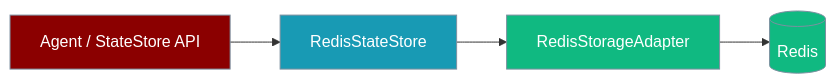
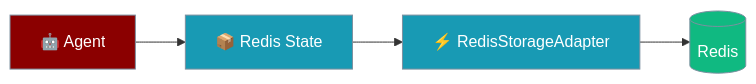
One commit to MervinPraison/PraisonAIDocs changed the first of 2 diagrams in docs/features/persistence-redis.mdx. Above: the diagram before and after it, drawn with Mermaid. The commit also changed other lines of this file and 4 other files, not shown here.

````diff
--- a/docs/features/persistence-redis.mdx
+++ b/docs/features/persistence-redis.mdx
@@ -77,14 +22,14 @@
 ```mermaid
 graph LR
-    A[Agent / StateStore API] --> B[RedisStateStore]
-    B --> C[RedisStorageAdapter]
-    C --> D[(Redis)]
+    Agent[🤖 Agent] --> Store[📦 Redis State]
+    Store --> Adapter[⚡ RedisStorageAdapter]
+    Adapter --> Redis[(Redis)]
 
     classDef agent fill:#8B0000,stroke:#7C90A0,color:#fff
-    classDef wrapper fill:#189AB4,stroke:#7C90A0,color:#fff
-    classDef storage fill:#10B981,stroke:#7C90A0,color:#fff
+    classDef store fill:#189AB4,stroke:#7C90A0,color:#fff
+    classDef redis fill:#10B981,stroke:#7C90A0,color:#fff
 
-    class A agent
-    class B wrapper
-    class C,D storage
+    class Agent agent
+    class Store,Adapter store
+    class Redis redis
 ```
````
